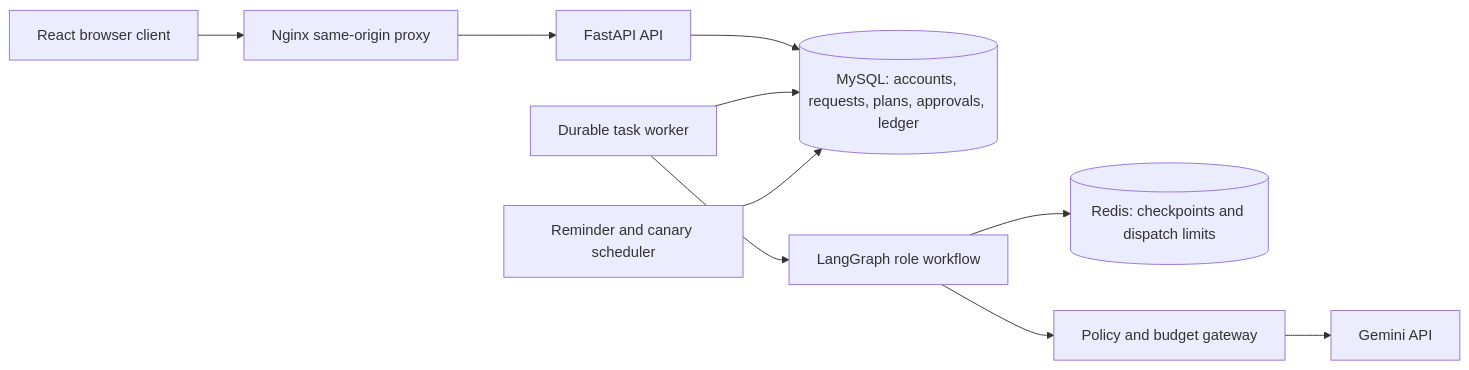
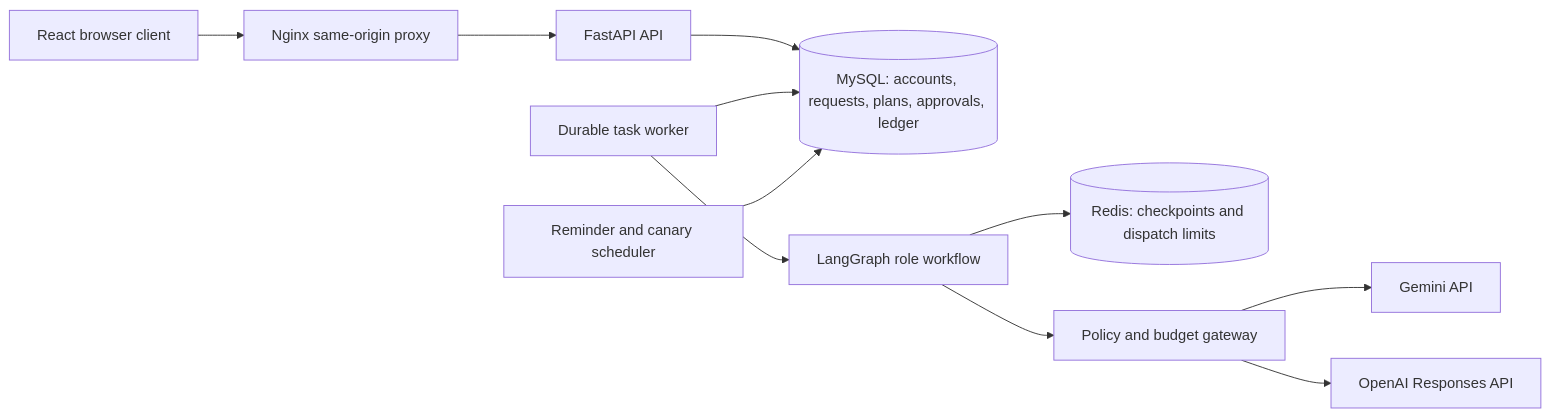
Before and after one commit to franckwei29/fitness-studio: the diagram in README.md, drawn with Mermaid. The commit also changed other lines of this file and 37 other files, not shown here.

````diff
--- a/README.md
+++ b/README.md
@@ -31,12 +31,13 @@
 ```mermaid
 flowchart LR
   Browser[React browser client] --> Web[Nginx same-origin proxy]
   Web --> API[FastAPI API]
   API --> SQL[(MySQL: accounts, requests, plans, approvals, ledger)]
   Worker[Durable task worker] --> SQL
   Worker --> Graph[LangGraph role workflow]
   Graph --> Redis[(Redis: checkpoints and dispatch limits)]
   Graph --> Gateway[Policy and budget gateway]
   Gateway --> Gemini[Gemini API]
+  Gateway --> OpenAI[OpenAI Responses API]
   Scheduler[Reminder and canary scheduler] --> SQL
 ```
````
